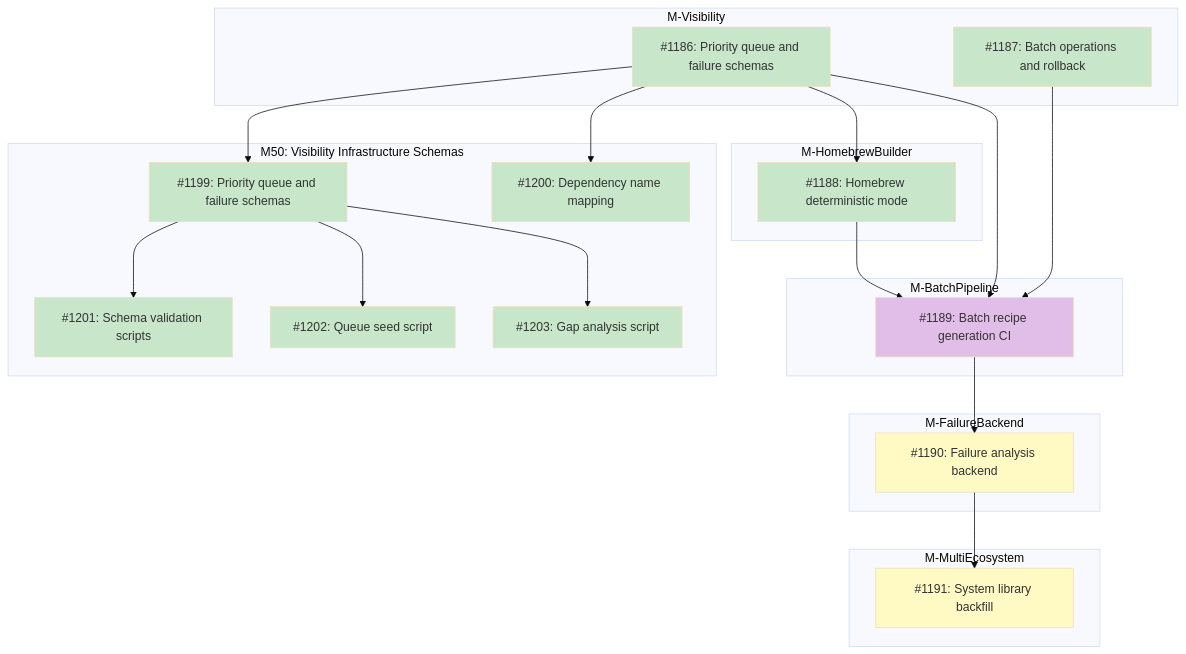
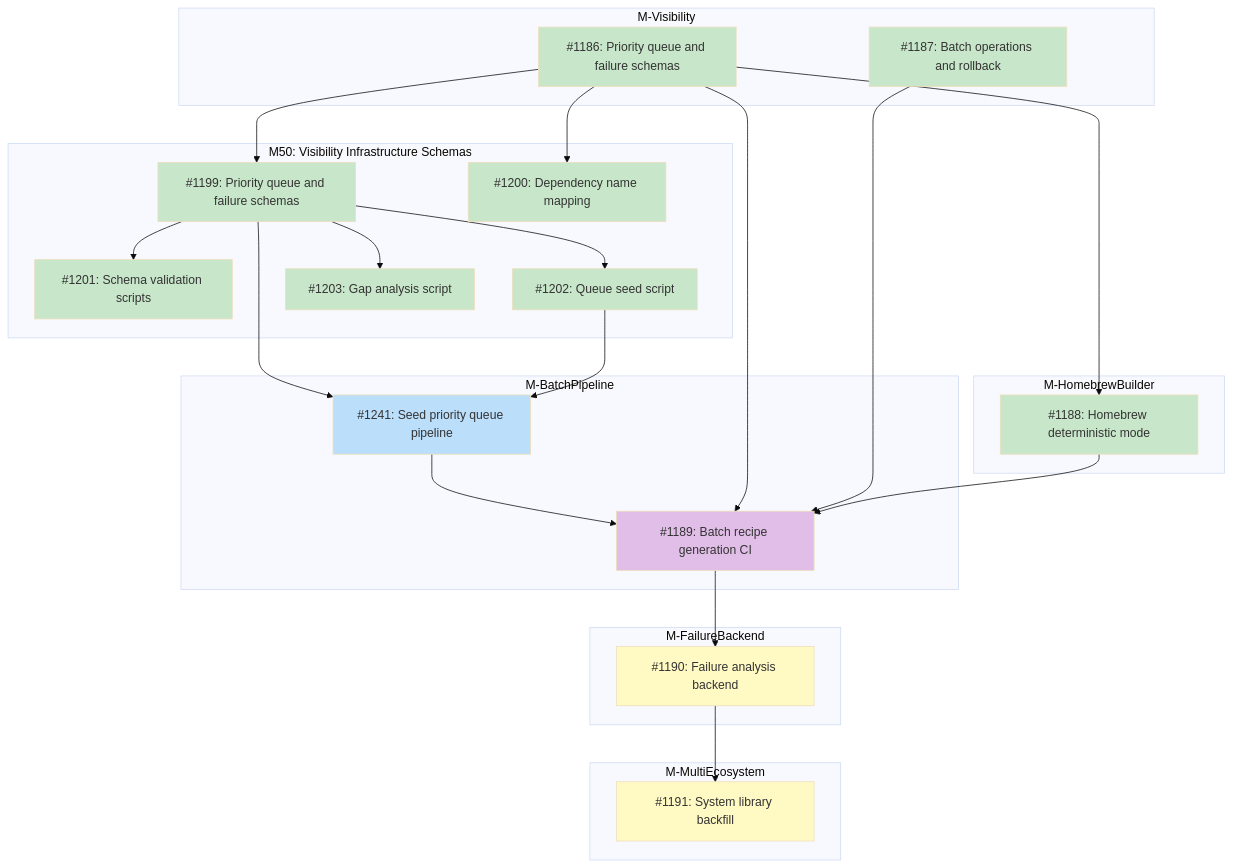
The diagram in docs/designs/DESIGN-registry-scale-strategy.md (tsukumogami/tsuku), drawn with Mermaid (base theme) before and after one commit. The commit also changed other lines of this file, not shown here.

Commit message:
docs: add #1241 to registry scale strategy implementation issues
Issue #1241 (seed priority queue pipeline) was in the M-BatchPipeline
milestone but missing from the parent design's issues table and
dependency diagram. It depends on #1199 and #1202 (both done) and
blocks #1189 (batch pipeline needs the seeded queue).

````diff
--- a/docs/designs/DESIGN-registry-scale-strategy.md
+++ b/docs/designs/DESIGN-registry-scale-strategy.md
@@ -67,58 +68,63 @@
 ```mermaid
 graph TD
     subgraph M_Visibility["M-Visibility"]
         I1186["#1186: Priority queue and failure schemas"]
         I1187["#1187: Batch operations and rollback"]
     end
 
     subgraph M50["M50: Visibility Infrastructure Schemas"]
         I1199["#1199: Priority queue and failure schemas"]
         I1200["#1200: Dependency name mapping"]
         I1201["#1201: Schema validation scripts"]
         I1202["#1202: Queue seed script"]
         I1203["#1203: Gap analysis script"]
     end
 
     subgraph M_HomebrewBuilder["M-HomebrewBuilder"]
         I1188["#1188: Homebrew deterministic mode"]
     end
 
     subgraph M_BatchPipeline["M-BatchPipeline"]
+        I1241["#1241: Seed priority queue pipeline"]
         I1189["#1189: Batch recipe generation CI"]
     end
 
     subgraph M_FailureBackend["M-FailureBackend"]
         I1190["#1190: Failure analysis backend"]
     end
 
     subgraph M_MultiEcosystem["M-MultiEcosystem"]
         I1191["#1191: System library backfill"]
     end
 
     I1186 --> I1199
     I1186 --> I1200
     I1199 --> I1201
     I1199 --> I1202
     I1199 --> I1203
+    I1199 --> I1241
+    I1202 --> I1241
     I1186 --> I1188
+    I1241 --> I1189
     I1186 --> I1189
     I1187 --> I1189
     I1188 --> I1189
     I1189 --> I1190
     I1190 --> I1191
 
     classDef done fill:#c8e6c9
     classDef ready fill:#bbdefb
     classDef blocked fill:#fff9c4
     classDef needsDesign fill:#e1bee7
 
     class I1186,I1187 done
     class I1200 done
     class I1199 done
     class I1188 done
     class I1201 done
     class I1202 done
     class I1203 done
+    class I1241 ready
     class I1189 needsDesign
     class I1190,I1191 blocked
 ```
````
